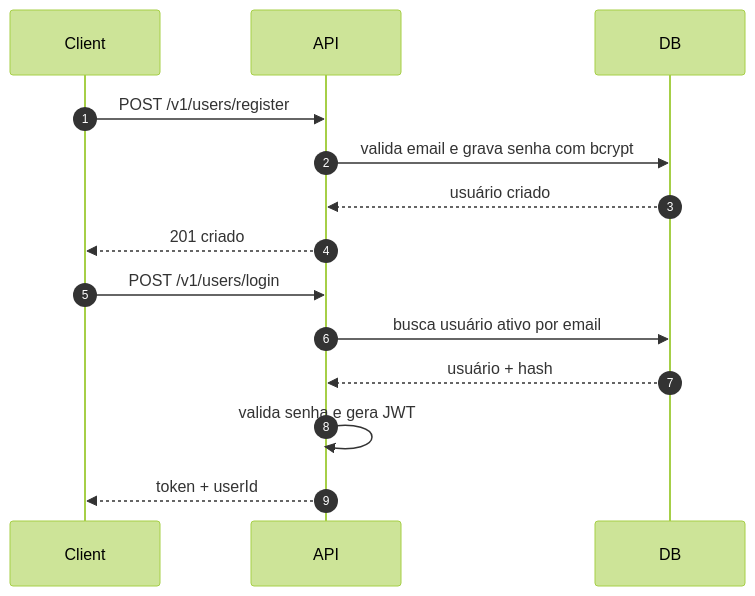
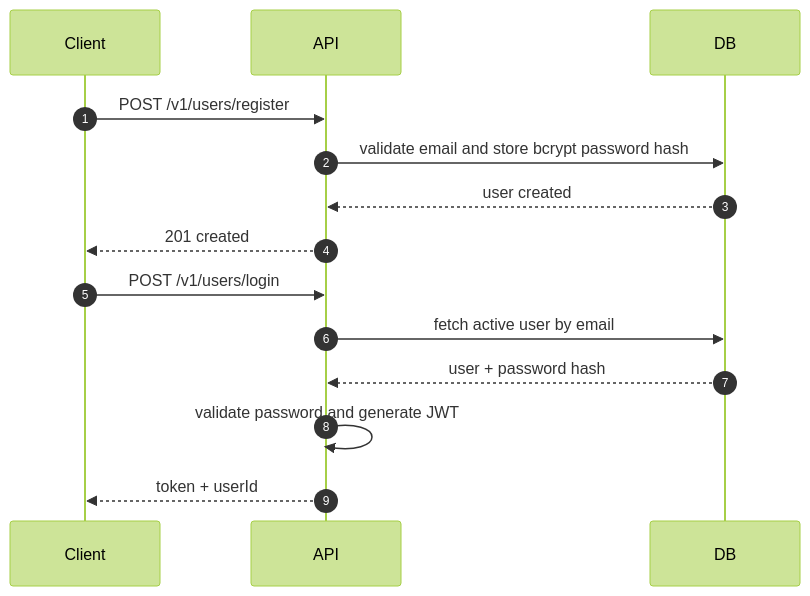
The first of 4 diagrams in README.md (teixeira308/doc-filler-api-js), drawn with Mermaid (forest theme) before and after one commit. The commit also changed other lines of this file, not shown here.

````diff
--- a/README.md
+++ b/README.md
@@ -92,18 +92,18 @@
 ```mermaid
 sequenceDiagram
     autonumber
     participant Client
     participant API
     participant DB
 
     Client->>API: POST /v1/users/register
-    API->>DB: valida email e grava senha com bcrypt
-    DB-->>API: usuário criado
-    API-->>Client: 201 criado
+    API->>DB: validate email and store bcrypt password hash
+    DB-->>API: user created
+    API-->>Client: 201 created
 
     Client->>API: POST /v1/users/login
-    API->>DB: busca usuário ativo por email
-    DB-->>API: usuário + hash
-    API->>API: valida senha e gera JWT
+    API->>DB: fetch active user by email
+    DB-->>API: user + password hash
+    API->>API: validate password and generate JWT
     API-->>Client: token + userId
 ```
````
